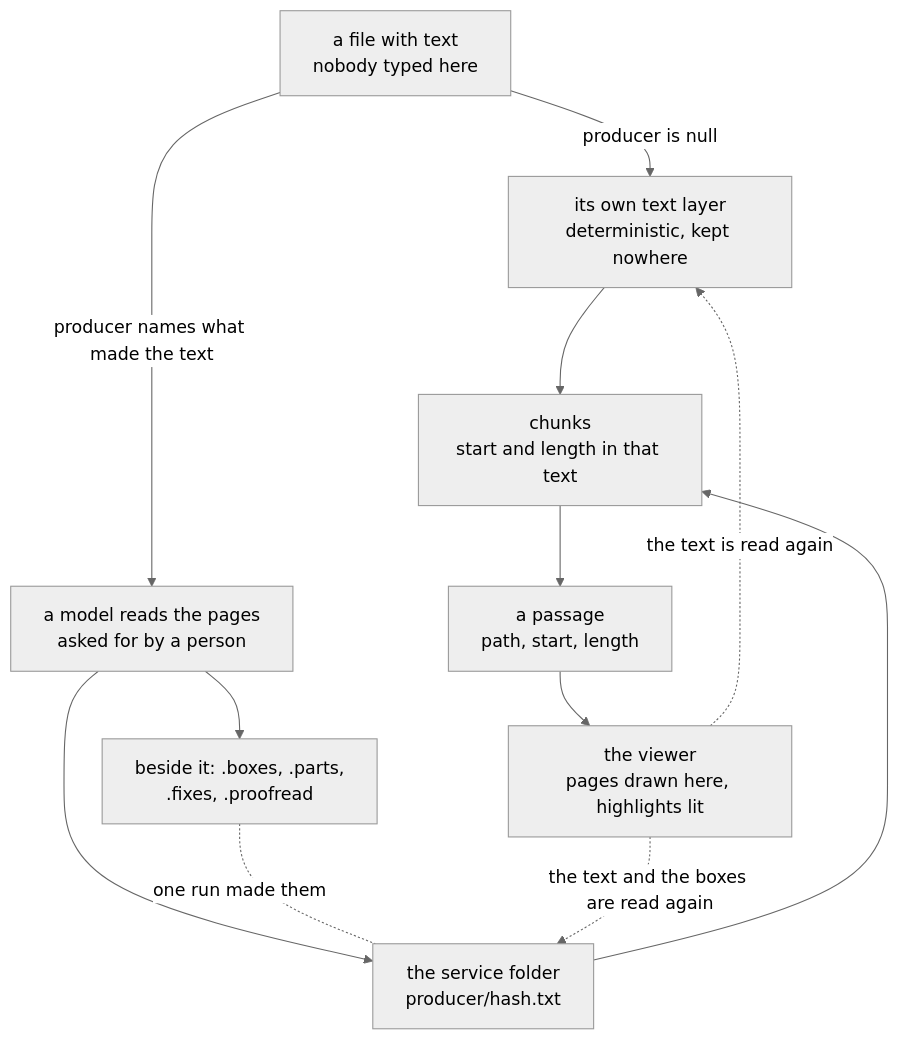
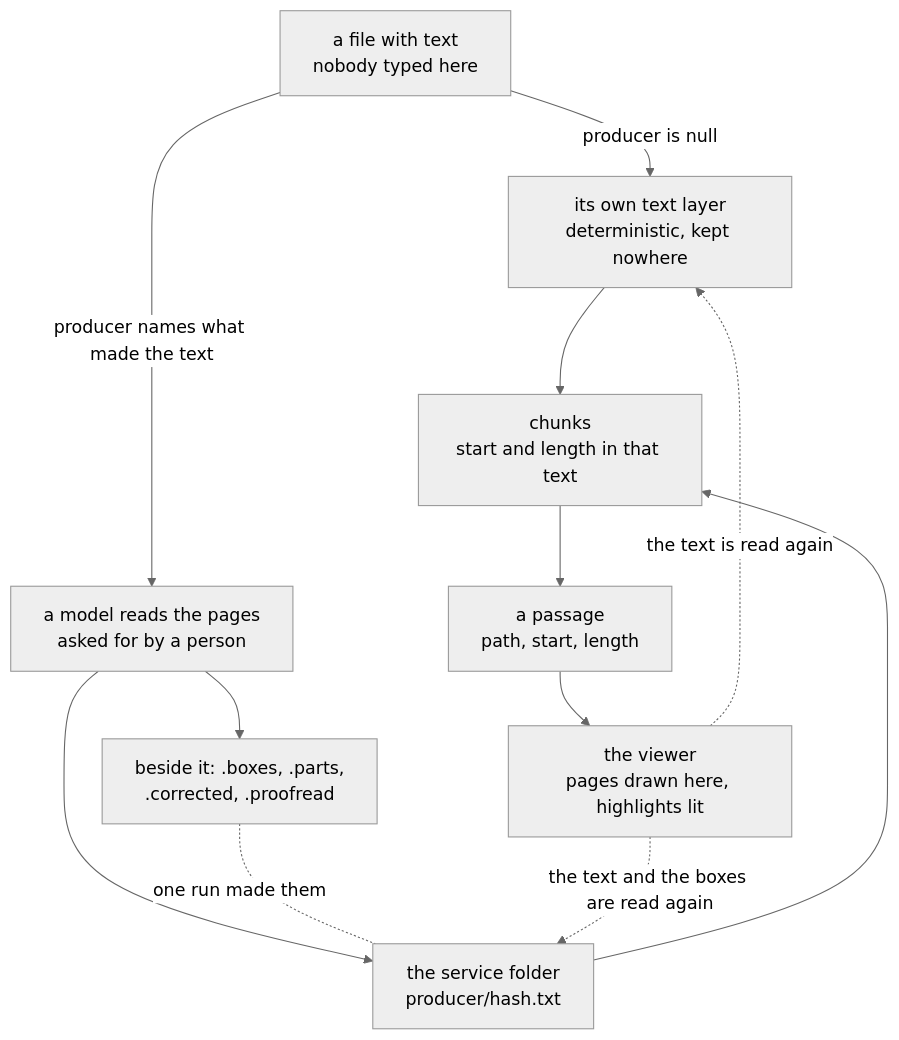
One commit to jiva-studio/numen changed the diagram in docs/adr/0015-a-books-text-is-a-cache-or-an-artifact.md. Above: the diagram before and after it, drawn with Mermaid (neutral theme). The commit also changed other lines of this file and 29 other files, not shown here.

````diff
--- a/docs/adr/0015-a-books-text-is-a-cache-or-an-artifact.md
+++ b/docs/adr/0015-a-books-text-is-a-cache-or-an-artifact.md
@@ -16,23 +16,23 @@
 ```mermaid
 graph TD
     F["a file with text<br/>nobody typed here"]
     TL["its own text layer<br/>deterministic, kept nowhere"]
     R["a model reads the pages<br/>asked for by a person"]
     A["the service folder<br/>producer/hash.txt"]
-    S["beside it: .boxes, .parts,<br/>.fixes, .proofread"]
+    S["beside it: .boxes, .parts,<br/>.corrected, .proofread"]
     CH["chunks<br/>start and length in that text"]
     P["a passage<br/>path, start, length"]
     VW["the viewer<br/>pages drawn here, highlights lit"]
 
     F -->|producer is null| TL
     F -->|producer names what made the text| R
     R --> A
     R --> S
     S -.one run made them.- A
     TL --> CH
     A --> CH
     CH --> P
     P --> VW
     VW -.the text is read again.-> TL
     VW -.the text and the boxes are read again.-> A
 ```
````
